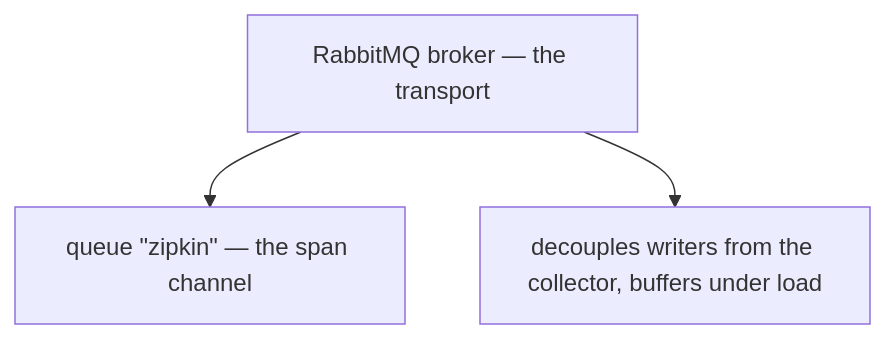
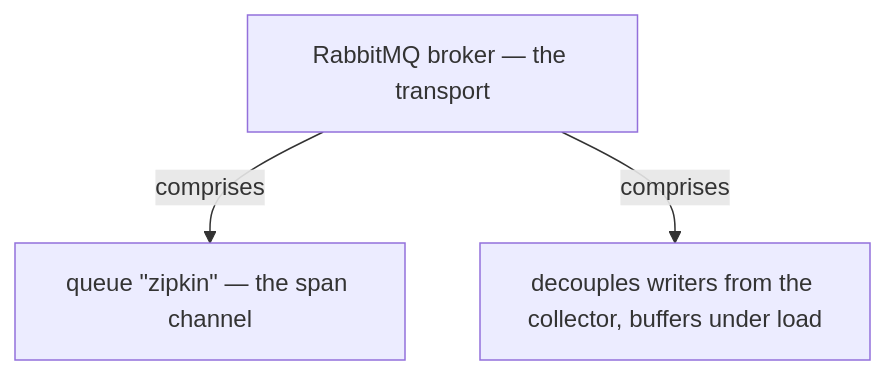
The sixth of 14 diagrams in docs/ch33-distributed-tracing.md (vinayakuber/microservices-io-study-guide), drawn with Mermaid before and after one commit. The commit also changed other lines of this file and 71 other files, not shown here.

First line of the commit message:
R18: label every diagram arrow with its meaning

````diff
--- a/docs/ch33-distributed-tracing.md
+++ b/docs/ch33-distributed-tracing.md
@@ -257,6 +257,6 @@
 ```mermaid
 flowchart TD
   R["RabbitMQ broker — the transport"]
-  R --> P0["queue #quot;zipkin#quot; — the span channel"]
-  R --> P1["decouples writers from the collector, buffers under load"]
+  R -->|"comprises"| P0["queue #quot;zipkin#quot; — the span channel"]
+  R -->|"comprises"| P1["decouples writers from the collector, buffers under load"]
 ```
````
